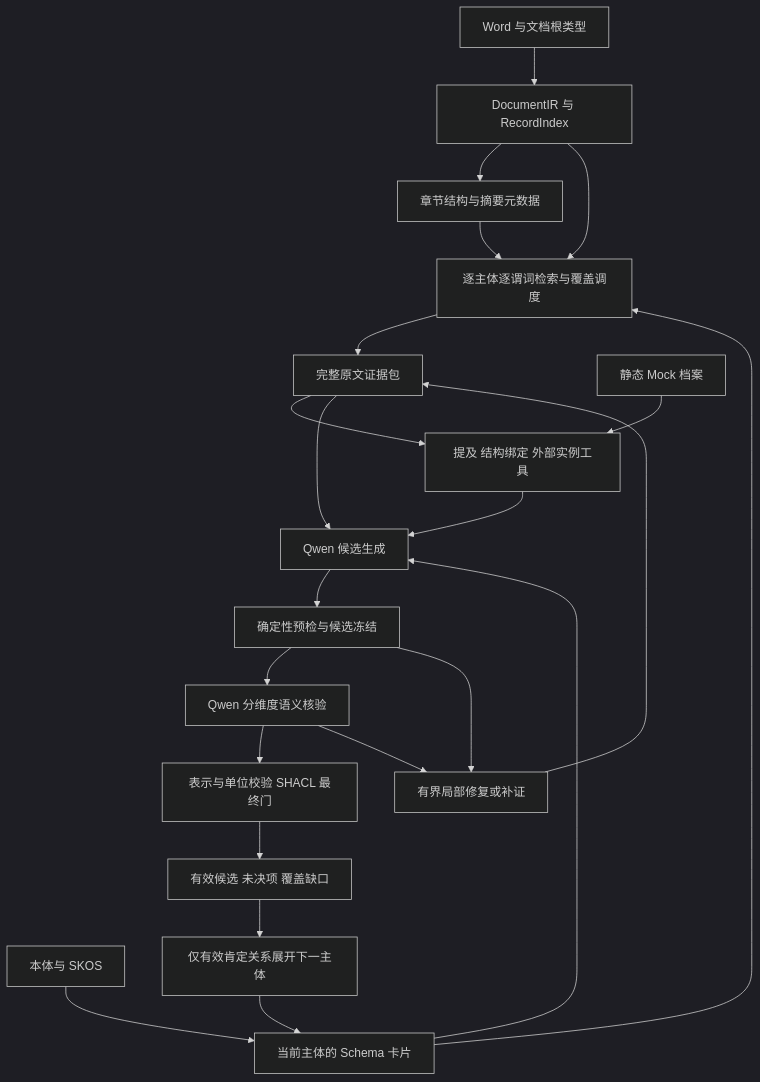
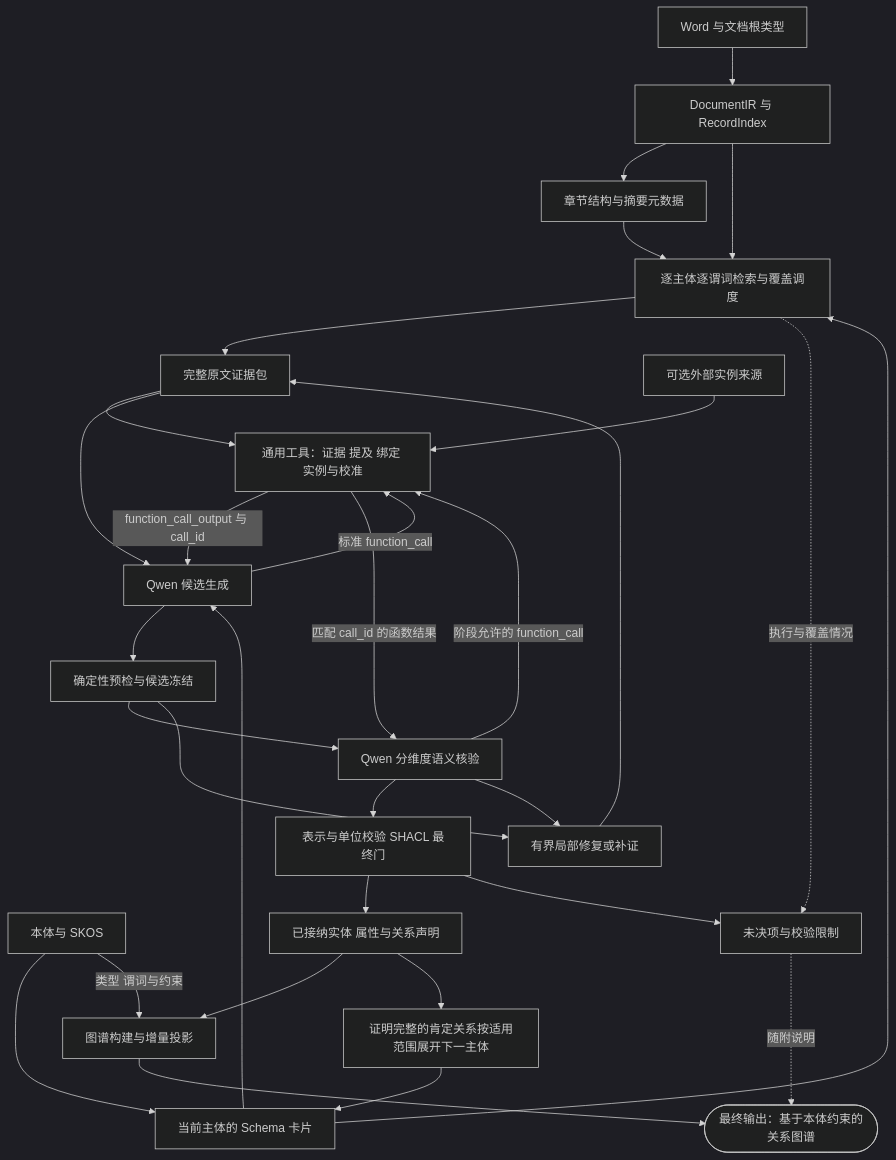
The diagram in docs/文档抽取引擎2.0设计方案.md (chunpingji/ontology-agent), drawn with Mermaid (dark theme) before and after one commit. The commit also changed other lines of this file and 12 other files, not shown here.

````diff
--- a/docs/文档抽取引擎2.0设计方案.md
+++ b/docs/文档抽取引擎2.0设计方案.md
@@ -77,24 +122,33 @@
 ```mermaid
 flowchart TD
     D[Word 与文档根类型] --> IR[DocumentIR 与 RecordIndex]
     IR --> M[章节结构与摘要元数据]
     O[本体与 SKOS] --> C[当前主体的 Schema 卡片]
     C --> R[逐主体逐谓词检索与覆盖调度]
     M --> R
     IR --> R
     R --> E[完整原文证据包]
-    E --> T[提及 结构绑定 外部实例工具]
-    X[静态 Mock 档案] --> T
+    E --> T[通用工具：证据 提及 绑定 实例与校准]
+    X[可选外部实例来源] --> T
     C --> Q[Qwen 候选生成]
-    T --> Q
+    Q -->|标准 function_call| T
+    T -->|function_call_output 与 call_id| Q
     E --> Q
     Q --> V[确定性预检与候选冻结]
     V --> S[Qwen 分维度语义核验]
+    S -->|阶段允许的 function_call| T
+    T -->|匹配 call_id 的函数结果| S
     S --> G[表示与单位校验 SHACL 最终门]
     V --> H[有界局部修复或补证]
     S --> H
     H --> E
-    G --> P[有效候选 未决项 覆盖缺口]
-    P --> F[仅有效肯定关系展开下一主体]
+    G --> P[已接纳实体 属性与关系声明]
+    P --> B[图谱构建与增量投影]
+    O -->|类型 谓词与约束| B
+    B --> OUT([最终输出：基于本体约束的关系图谱])
+    G --> A[未决项与校验限制]
+    R -.->|执行与覆盖情况| A
+    A -.->|随附说明| OUT
+    P --> F[证明完整的肯定关系按适用范围展开下一主体]
     F --> C
 ```
````
